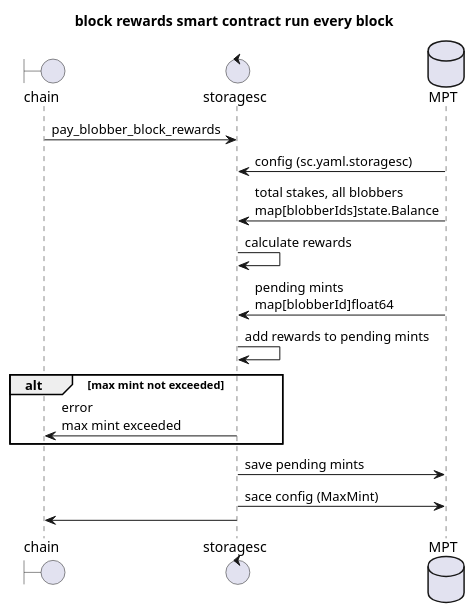
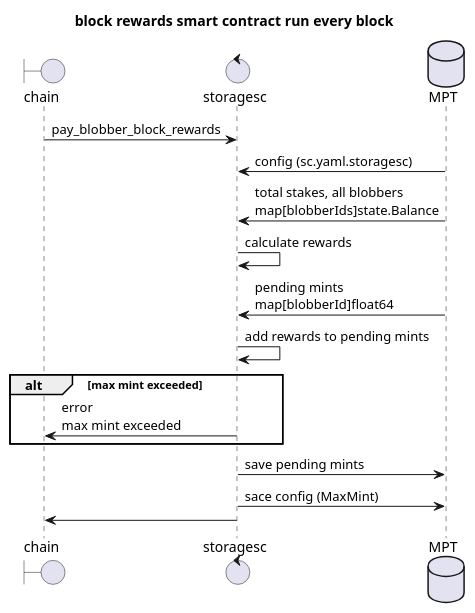
Before and after one commit to 0chain/0chain: the first of 3 diagrams in docs/block-reward.md, drawn with PlantUML. The commit also changed 1 other file, not shown here.

Commit message:
fix unit test

````diff
--- a/docs/block-reward.md
+++ b/docs/block-reward.md
@@ -1,18 +1,18 @@
 ```puml
 title block rewards smart contract run every block
 boundary chain
 control storagesc
 database MPT
 chain -> storagesc : pay_blobber_block_rewards
     MPT -> storagesc : config (sc.yaml.storagesc) 
     MPT -> storagesc : total stakes, all blobbers\nmap[blobberIds]state.Balance 
     storagesc -> storagesc : calculate rewards
     MPT -> storagesc : pending mints\nmap[blobberId]float64
     storagesc -> storagesc : add rewards to pending mints
-    alt max mint not exceeded
+    alt max mint exceeded
     storagesc -> chain : error\nmax mint exceeded
     end
     storagesc -> MPT : save pending mints
     storagesc -> MPT : sace config (MaxMint)   
 storagesc -> chain
 ```
````
